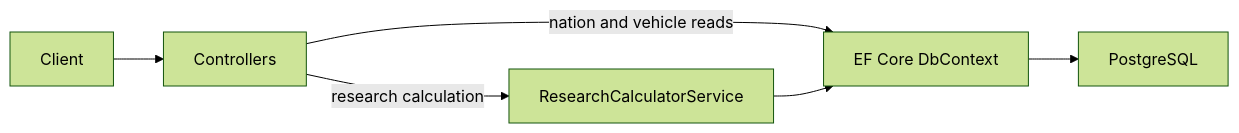
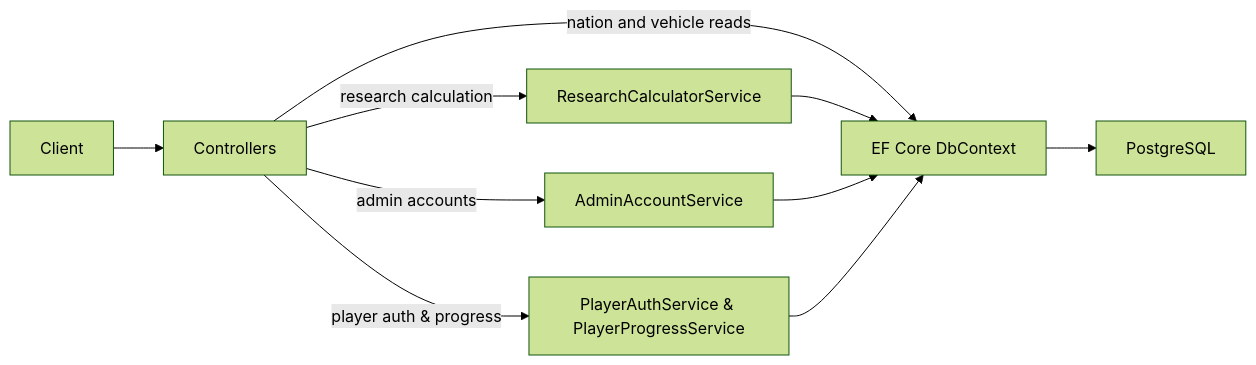
Before and after one commit to shimatachi/Grinding-Thunder-API: the diagram in README.md, drawn with Mermaid (forest theme). The commit also changed other lines of this file and 68 other files, not shown here.

Commit message:
feat: implement persistent admin and player accounts

````diff
--- a/README.md
+++ b/README.md
@@ -42,8 +45,12 @@
 ```mermaid
 flowchart LR
     Client --> Controllers
     Controllers -->|nation and vehicle reads| DbContext[EF Core DbContext]
     Controllers -->|research calculation| Calculator[ResearchCalculatorService]
+    Controllers -->|admin accounts| AdminAccountService
+    Controllers -->|player auth & progress| PlayerServices[PlayerAuthService & PlayerProgressService]
     Calculator --> DbContext
+    AdminAccountService --> DbContext
+    PlayerServices --> DbContext
     DbContext --> PostgreSQL
 ```
````
